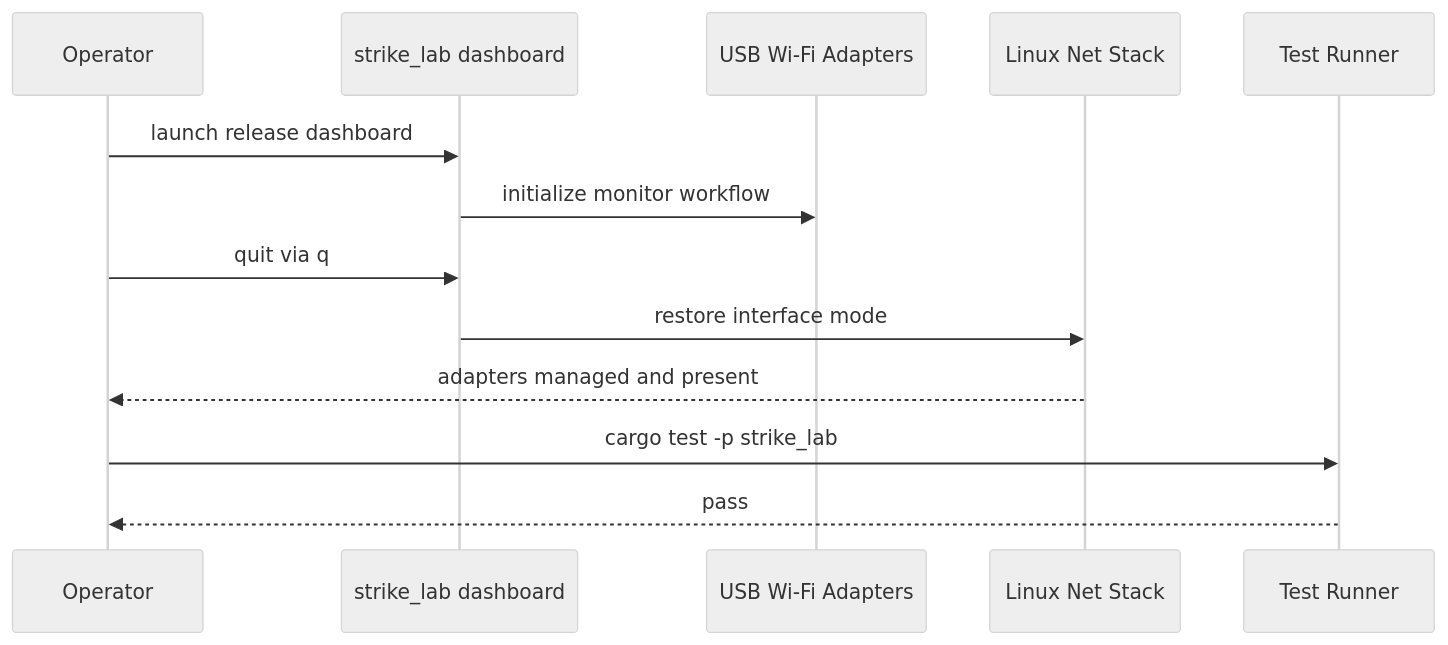
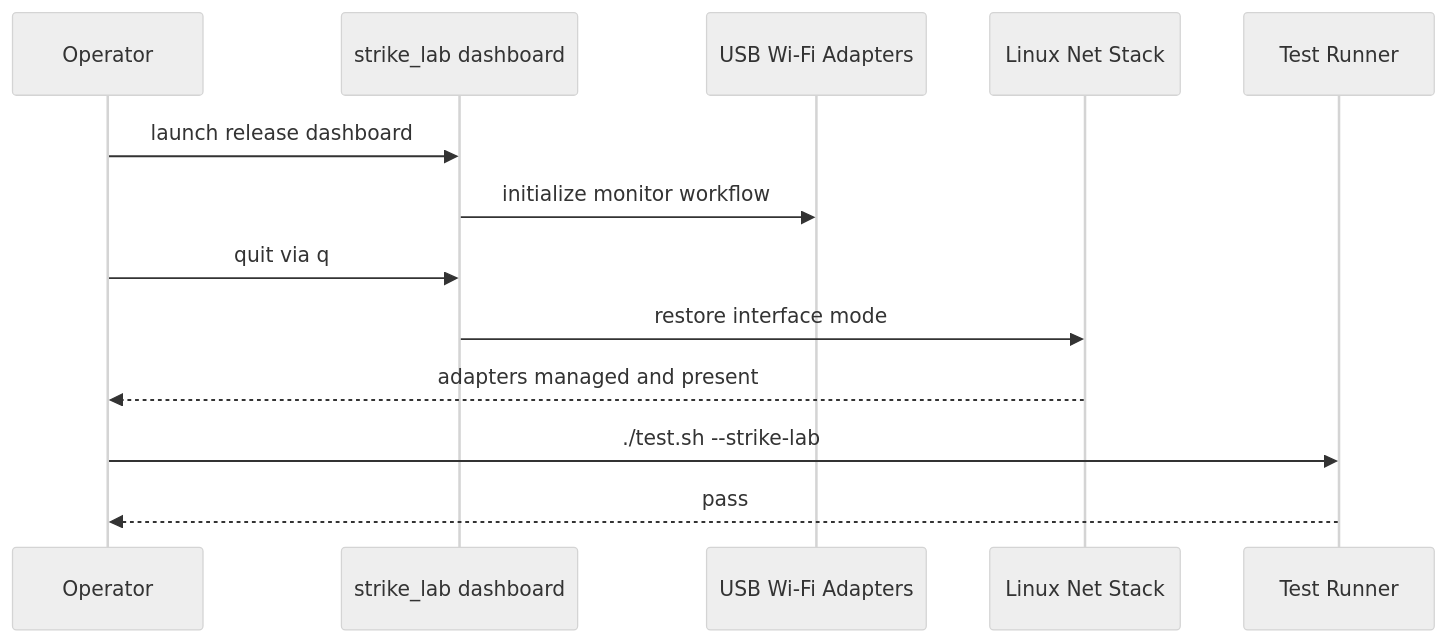
One commit to xuoxod/bastion-docs changed the second of 2 diagrams in LOCAL_EXECUTION_GUIDE.md. Above: the diagram before and after it, drawn with Mermaid (neutral theme). The commit also changed other lines of this file and 18 other files, not shown here.

````diff
--- a/LOCAL_EXECUTION_GUIDE.md
+++ b/LOCAL_EXECUTION_GUIDE.md
@@ -261,16 +261,16 @@
 ```mermaid
 sequenceDiagram
    participant Op as Operator
    participant Lab as strike_lab dashboard
    participant HW as USB Wi-Fi Adapters
    participant OS as Linux Net Stack
    participant T as Test Runner
 
    Op->>Lab: launch release dashboard
    Lab->>HW: initialize monitor workflow
    Op->>Lab: quit via q
    Lab->>OS: restore interface mode
    OS-->>Op: adapters managed and present
-   Op->>T: cargo test -p strike_lab
+   Op->>T: ./test.sh --strike-lab
    T-->>Op: pass
 ```
````
